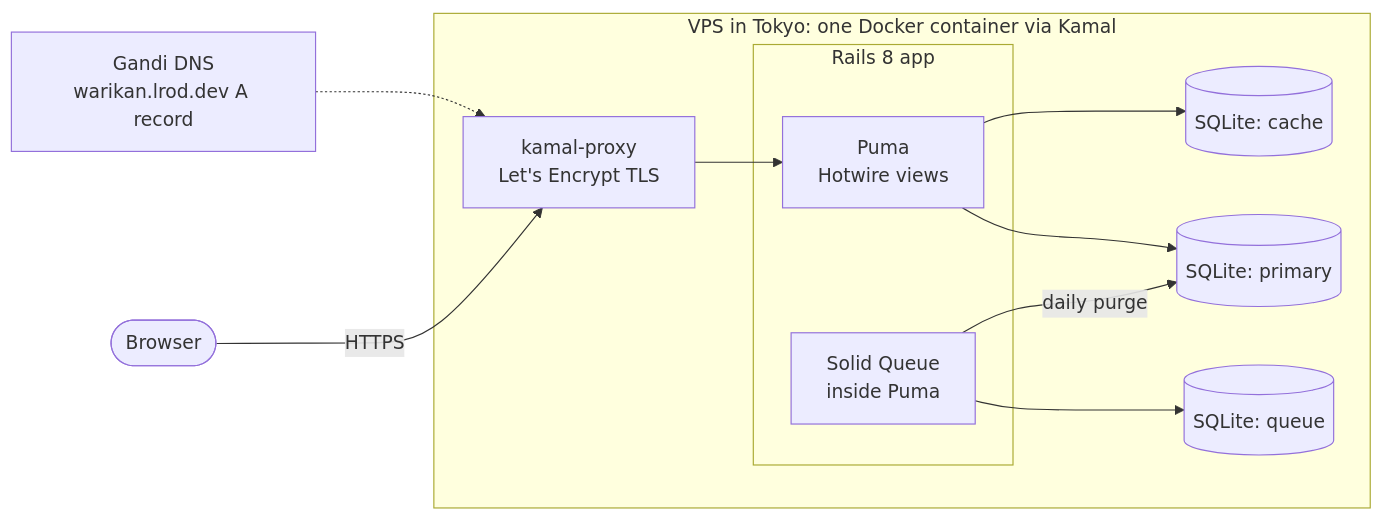
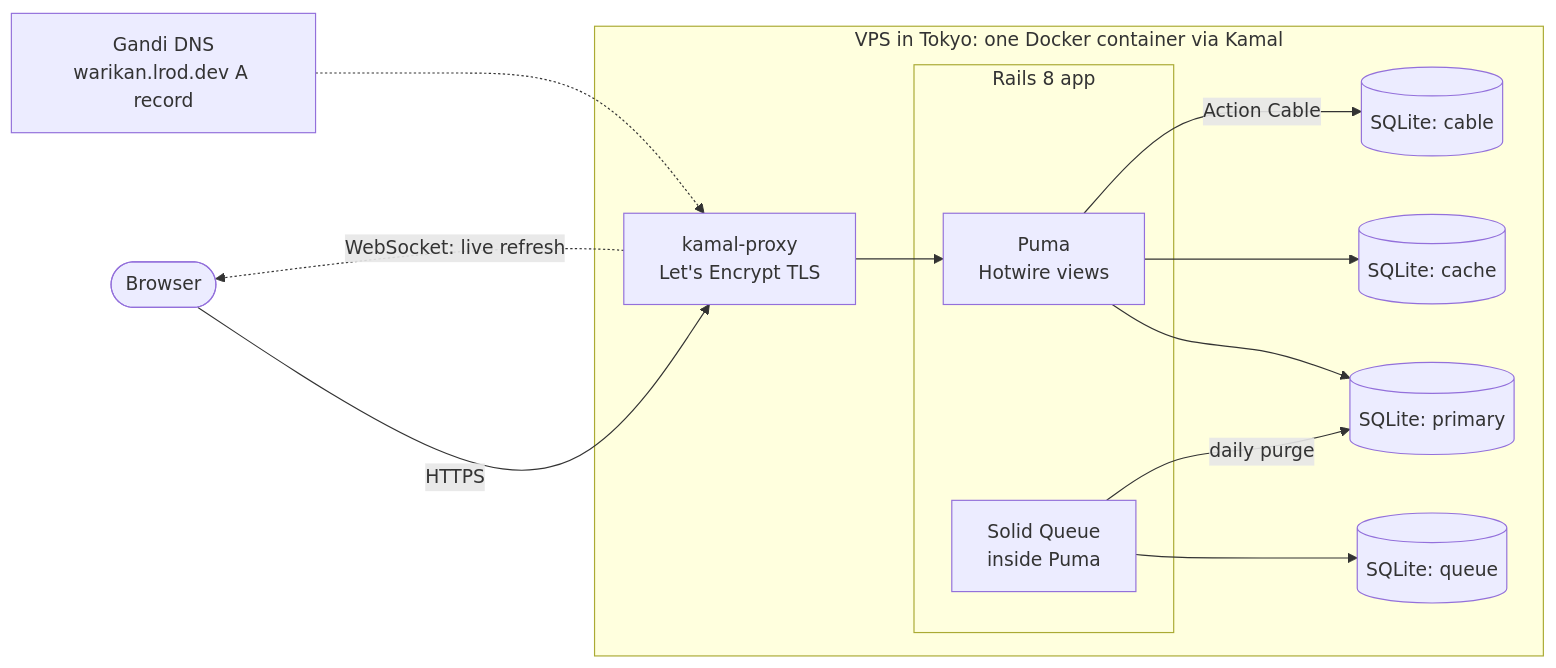
One commit to luisrrv/okanjo changed the first of 3 diagrams in docs/ARCHITECTURE.md. Above: the diagram before and after it, drawn with Mermaid. The commit also changed other lines of this file and 7 other files, not shown here.

First line of the commit message:
Refresh the occasion page live for everyone viewing it

````diff
--- a/docs/ARCHITECTURE.md
+++ b/docs/ARCHITECTURE.md
@@ -21,18 +21,20 @@
 ```mermaid
 flowchart LR
   user([Browser]) -- HTTPS --> proxy
 
   subgraph vps [VPS in Tokyo: one Docker container via Kamal]
     proxy[kamal-proxy<br/>Let's Encrypt TLS] --> puma
     subgraph app [Rails 8 app]
       puma[Puma<br/>Hotwire views] 
       jobs[Solid Queue<br/>inside Puma]
     end
     puma --> primary[(SQLite: primary)]
     jobs --> queue[(SQLite: queue)]
     jobs -- daily purge --> primary
     puma --> cache[(SQLite: cache)]
+    puma -- Action Cable --> cable[(SQLite: cable)]
   end
+  proxy -. WebSocket: live refresh .-> user
 
   dns[Gandi DNS<br/>warikan.lrod.dev A record] -.-> proxy
 ```
````
